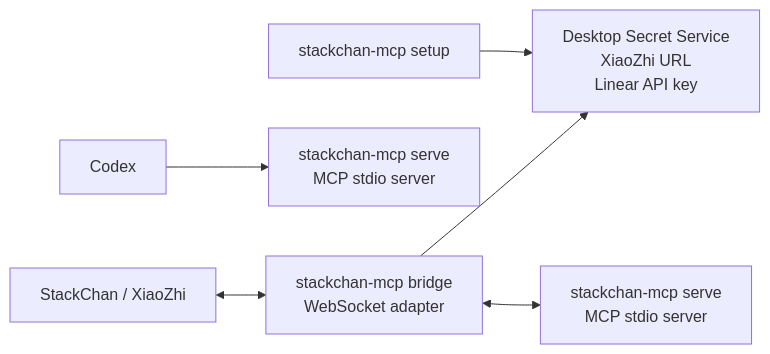
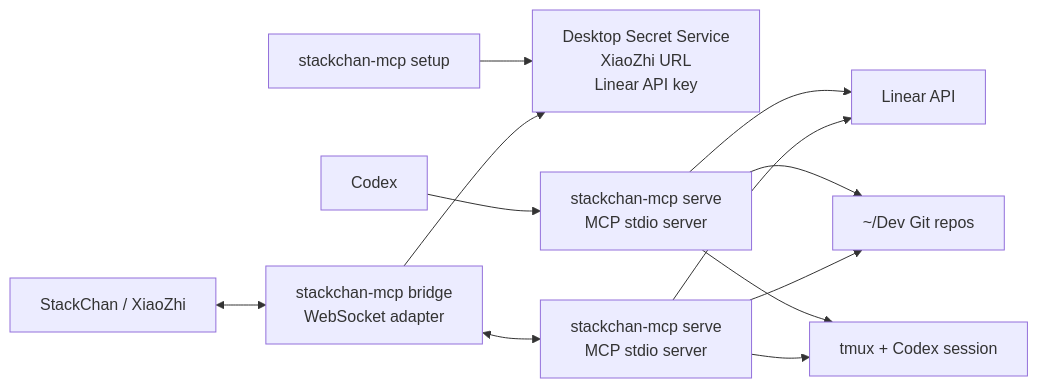
Before and after one commit to marang/stackchan-mcp: the diagram in README.md, drawn with Mermaid. The commit also changed other lines of this file and 2 other files, not shown here.

````diff
--- a/README.md
+++ b/README.md
@@ -104,16 +96,25 @@
 ```mermaid
 flowchart LR
   setup["stackchan-mcp setup"]
   secrets["Desktop Secret Service<br/>XiaoZhi URL<br/>Linear API key"]
   codex["Codex"]
   serve1["stackchan-mcp serve<br/>MCP stdio server"]
   stackchan["StackChan / XiaoZhi"]
   bridge["stackchan-mcp bridge<br/>WebSocket adapter"]
   serve2["stackchan-mcp serve<br/>MCP stdio server"]
+  tmux["tmux + Codex session"]
+  linear["Linear API"]
+  repos["~/Dev Git repos"]
 
   setup --> secrets
   codex --> serve1
   stackchan <--> bridge
   bridge --> secrets
   bridge <--> serve2
+  serve1 --> linear
+  serve2 --> linear
+  serve1 --> repos
+  serve2 --> repos
+  serve1 --> tmux
+  serve2 --> tmux
 ```
````
